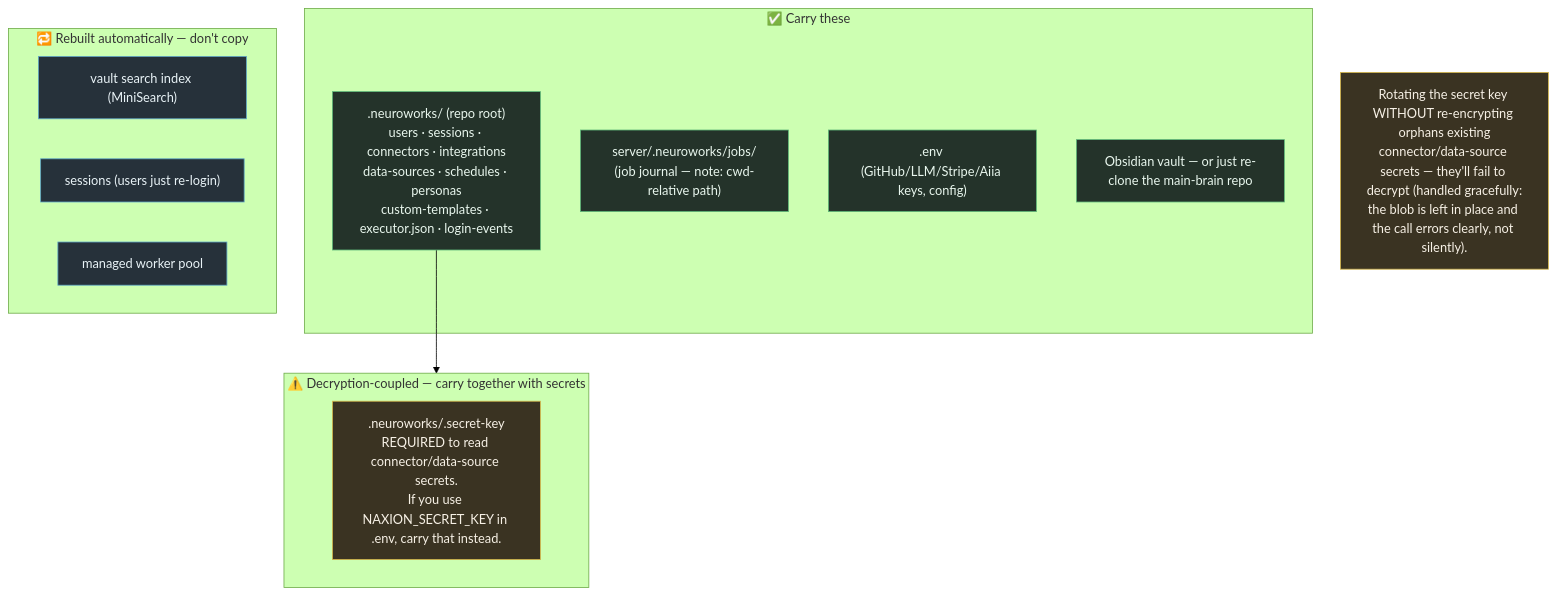
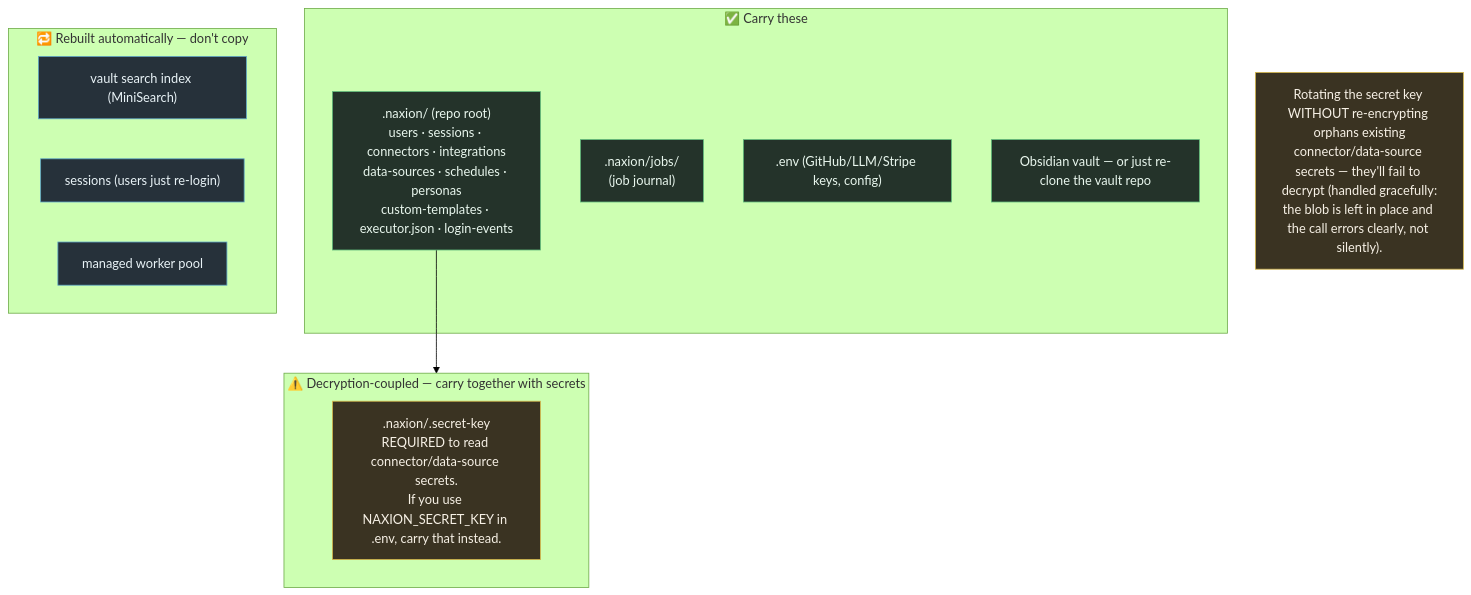
Before and after one commit to NatureAiia/Naxie: the fourth of 4 diagrams in naxionai/docs/DATA-MIGRATION.md, drawn with Mermaid (forest theme). The commit also changed other lines of this file and 259 other files, not shown here.

````diff
--- a/naxionai/docs/DATA-MIGRATION.md
+++ b/naxionai/docs/DATA-MIGRATION.md
@@ -80,26 +80,26 @@
 ```mermaid
 flowchart TB
   classDef ok fill:#24332a,stroke:#5fb87a,color:#e9f7ee;
   classDef warn fill:#3a3322,stroke:#d6b84b,color:#f7f1e6;
   classDef rebuild fill:#26313a,stroke:#5fa8c7,color:#e9f3f7;
 
   subgraph PORT["✅ Carry these"]
-    NW[".neuroworks/ (repo root)<br/>users · sessions · connectors · integrations<br/>data-sources · schedules · personas<br/>custom-templates · executor.json · login-events"]:::ok
-    JOBS["server/.neuroworks/jobs/<br/>(job journal — note: cwd-relative path)"]:::ok
-    ENVF[".env (GitHub/LLM/Stripe/Aiia keys, config)"]:::ok
-    VLT["Obsidian vault — or just re-clone the main-brain repo"]:::ok
+    NW[".naxion/ (repo root)<br/>users · sessions · connectors · integrations<br/>data-sources · schedules · personas<br/>custom-templates · executor.json · login-events"]:::ok
+    JOBS[".naxion/jobs/<br/>(job journal)"]:::ok
+    ENVF[".env (GitHub/LLM/Stripe keys, config)"]:::ok
+    VLT["Obsidian vault — or just re-clone the vault repo"]:::ok
   end
 
   subgraph KEYED["⚠️ Decryption-coupled — carry together with secrets"]
-    SK[".neuroworks/.secret-key<br/>REQUIRED to read connector/data-source secrets.<br/>If you use NAXION_SECRET_KEY in .env, carry that instead."]:::warn
+    SK[".naxion/.secret-key<br/>REQUIRED to read connector/data-source secrets.<br/>If you use NAXION_SECRET_KEY in .env, carry that instead."]:::warn
   end
 
   subgraph REBUILD["🔁 Rebuilt automatically — don't copy"]
     IDX["vault search index (MiniSearch)"]:::rebuild
     SESS["sessions (users just re-login)"]:::rebuild
     POOL["managed worker pool"]:::rebuild
   end
 
   NW --> KEYED
   NOTE["Rotating the secret key WITHOUT re-encrypting orphans existing<br/>connector/data-source secrets — they'll fail to decrypt (handled gracefully:<br/>the blob is left in place and the call errors clearly, not silently)."]:::warn
 ```
````
